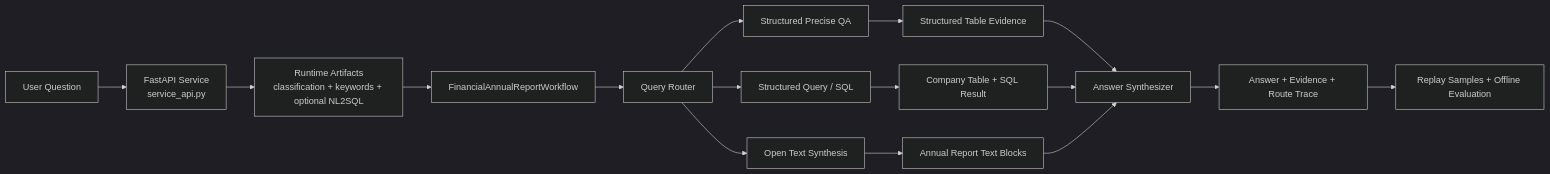
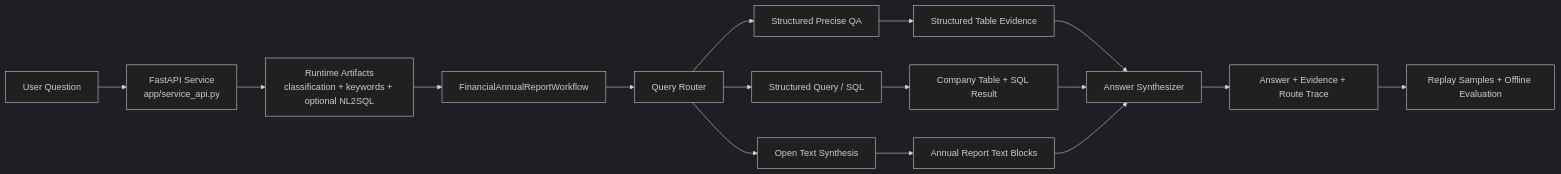
The diagram in README.md (clclrc/AnnualReportAgent-demo), drawn with Mermaid (dark theme) before and after one commit. The commit also changed other lines of this file and 30 other files, not shown here.

````diff
--- a/README.md
+++ b/README.md
@@ -31,18 +31,18 @@
 ```mermaid
 flowchart LR
-    U["User Question"] --> API["FastAPI Service<br/>service_api.py"]
+    U["User Question"] --> API["FastAPI Service<br/>app/service_api.py"]
     API --> RT["Runtime Artifacts<br/>classification + keywords + optional NL2SQL"]
     RT --> WF["FinancialAnnualReportWorkflow"]
     WF --> QR["Query Router"]
     QR --> S1["Structured Precise QA"]
     QR --> S2["Structured Query / SQL"]
     QR --> S3["Open Text Synthesis"]
     S1 --> EV1["Structured Table Evidence"]
     S2 --> EV2["Company Table + SQL Result"]
     S3 --> EV3["Annual Report Text Blocks"]
     EV1 --> SYN["Answer Synthesizer"]
     EV2 --> SYN
     EV3 --> SYN
     SYN --> OUT["Answer + Evidence + Route Trace"]
     OUT --> EVAL["Replay Samples + Offline Evaluation"]
 ```
````
